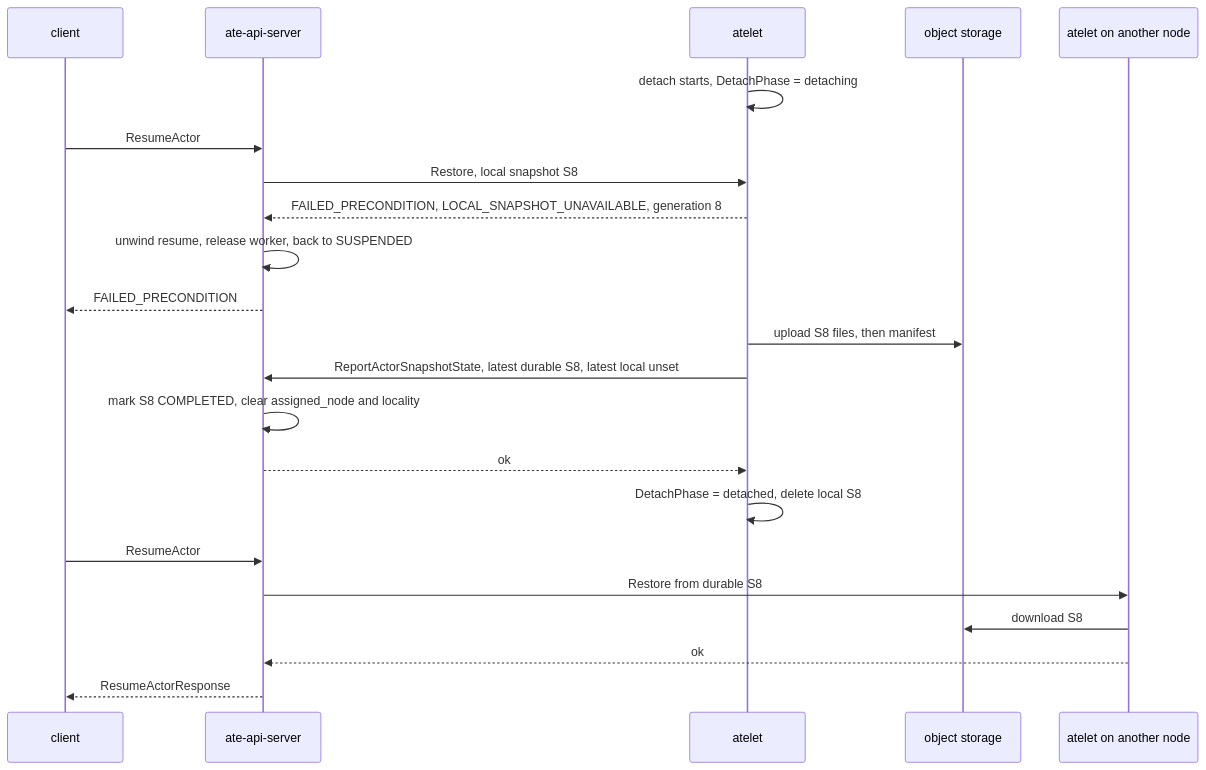
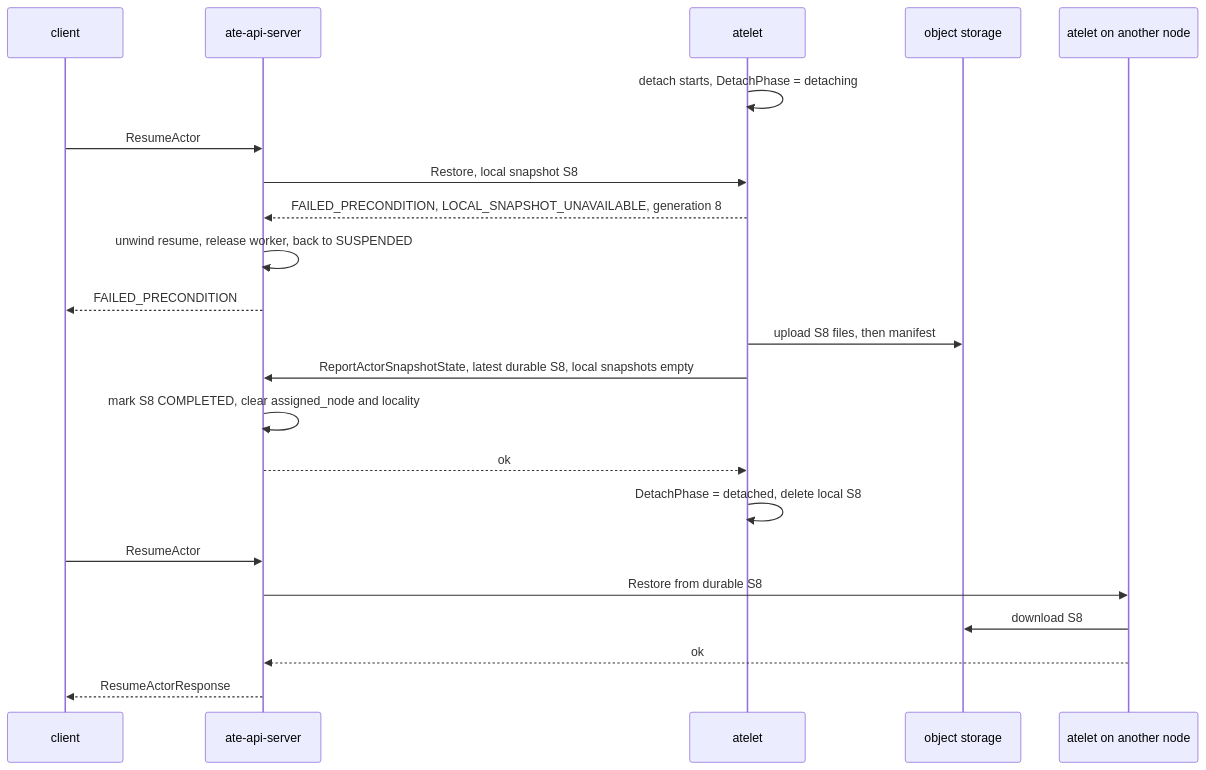
Before and after one commit to zoez7/substrate: the third of 3 diagrams in docs/dev/async-suspend-en.md, drawn with Mermaid. The commit also changed other lines of this file, not shown here.

First line of the commit message:
docs: share Snapshot and ObjectStorage across the async suspend atelet API

````diff
--- a/docs/dev/async-suspend-en.md
+++ b/docs/dev/async-suspend-en.md
@@ -285,25 +318,25 @@
 ```mermaid
 sequenceDiagram
     participant C as client
     participant A as ate-api-server
     participant L as atelet
     participant O as object storage
     participant N as atelet on another node
 
     L->>L: detach starts, DetachPhase = detaching
     C->>A: ResumeActor
     A->>L: Restore, local snapshot S8
     L-->>A: FAILED_PRECONDITION, LOCAL_SNAPSHOT_UNAVAILABLE, generation 8
     A->>A: unwind resume, release worker, back to SUSPENDED
     A-->>C: FAILED_PRECONDITION
     L->>O: upload S8 files, then manifest
-    L->>A: ReportActorSnapshotState, latest durable S8, latest local unset
+    L->>A: ReportActorSnapshotState, latest durable S8, local snapshots empty
     A->>A: mark S8 COMPLETED, clear assigned_node and locality
     A-->>L: ok
     L->>L: DetachPhase = detached, delete local S8
     C->>A: ResumeActor
     A->>N: Restore from durable S8
     N->>O: download S8
     N-->>A: ok
     A-->>C: ResumeActorResponse
 ```
````
